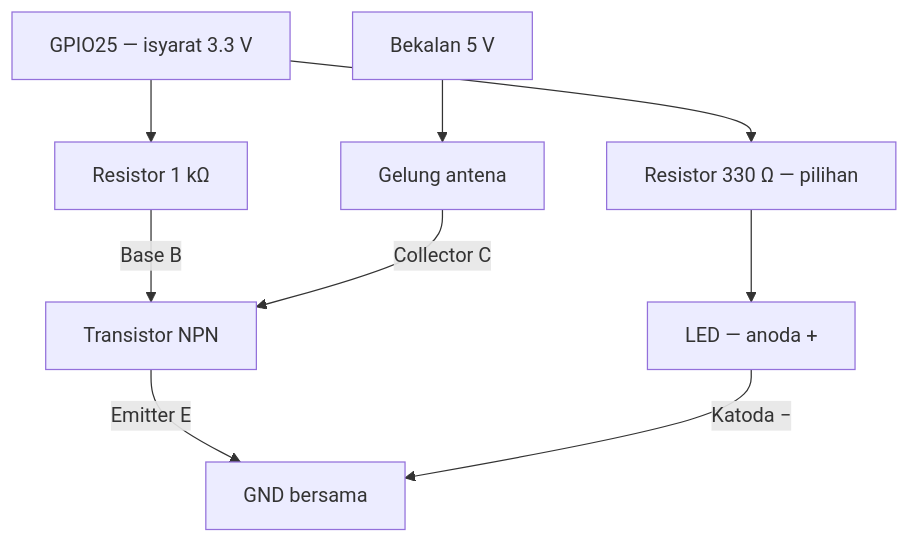
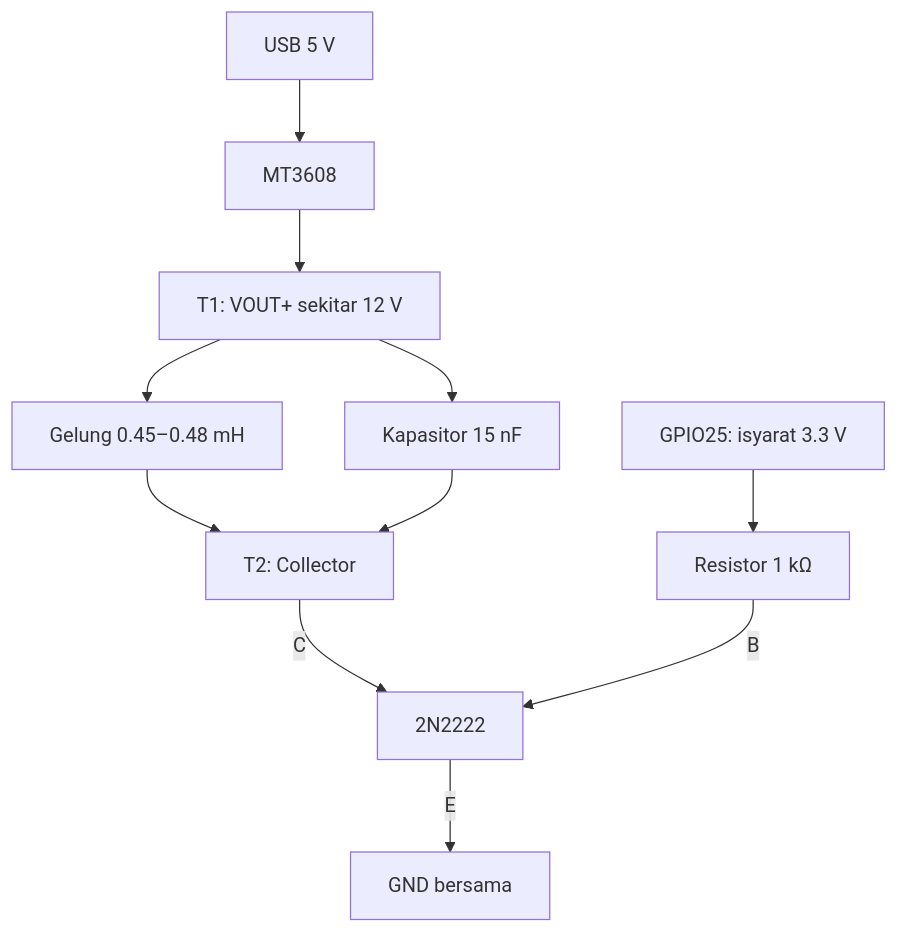
One commit to amundead/mb6-timesync-jjy changed the diagram in README.md. Above: the diagram before and after it, drawn with Mermaid. The commit also changed other lines of this file, not shown here.

````diff
--- a/README.md
+++ b/README.md
@@ -78,11 +99,13 @@
 ```mermaid
 flowchart TD
-    D25["GPIO25 — isyarat 3.3 V"] --> R1["Resistor 1 kΩ"]
-    R1 -->|Base B| Q["Transistor NPN"]
-    P5["Bekalan 5 V"] --> L["Gelung antena"]
-    L -->|Collector C| Q
-    Q -->|Emitter E| G["GND bersama"]
-    D25 --> R2["Resistor 330 Ω — pilihan"]
-    R2 --> LED["LED — anoda +"]
-    LED -->|Katoda −| G
+    P5["USB 5 V"] --> BOOST["MT3608"]
+    BOOST --> P12["T1: VOUT+ sekitar 12 V"]
+    P12 --> L["Gelung 0.45–0.48 mH"]
+    P12 --> CAP["Kapasitor 15 nF"]
+    L --> T2["T2: Collector"]
+    CAP --> T2
+    T2 -->|C| Q["2N2222"]
+    D25["GPIO25: isyarat 3.3 V"] --> R1["Resistor 1 kΩ"]
+    R1 -->|B| Q
+    Q -->|E| G["GND bersama"]
 ```
````
